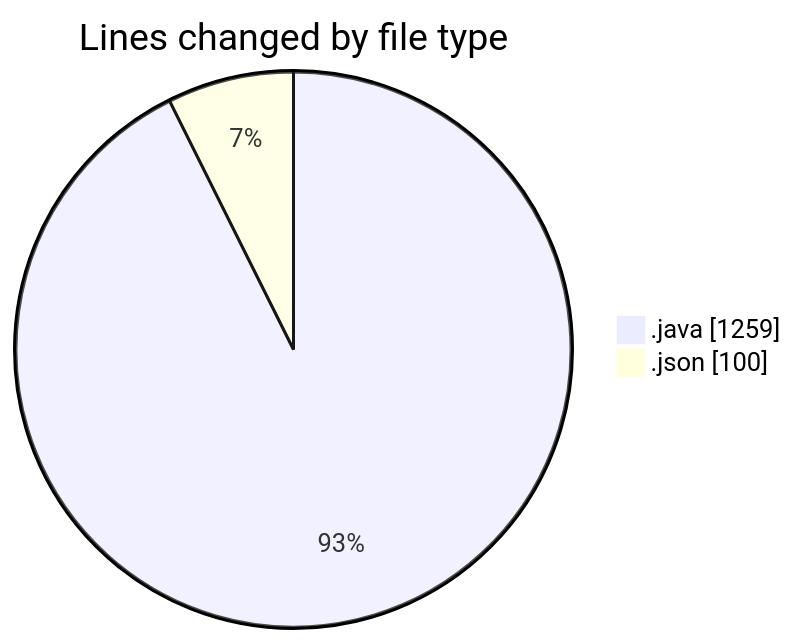
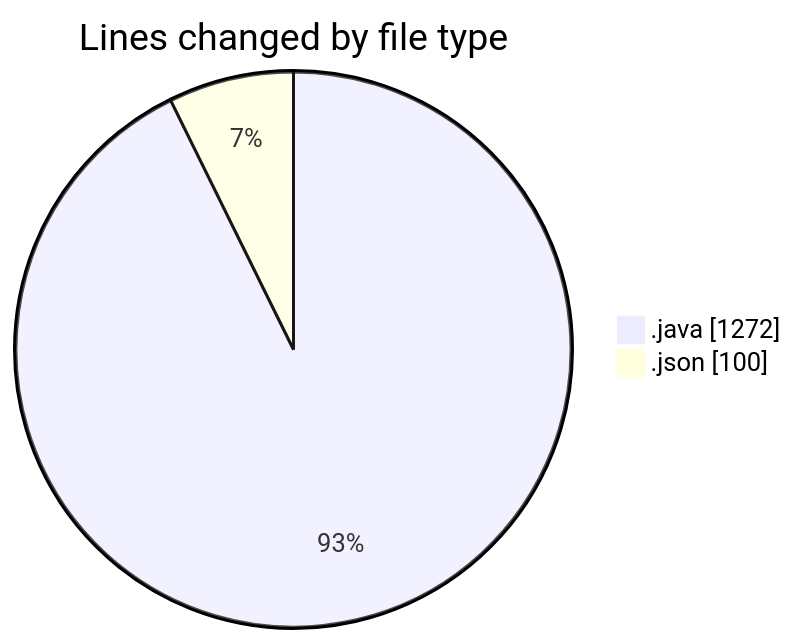
Before and after one commit to ricardozamudiocil/code-tracking: the first of 2 diagrams in 2026-05-12/cilapp/README.md, drawn with Mermaid. The commit also changed other lines of this file and 1 other file, not shown here.

````diff
--- a/2026-05-12/cilapp/README.md
+++ b/2026-05-12/cilapp/README.md
@@ -27,6 +27,6 @@
 ```mermaid
 pie showData
 title Lines changed by file type
-".java" : 1259
+".java" : 1272
 ".json" : 100
 ```
````
